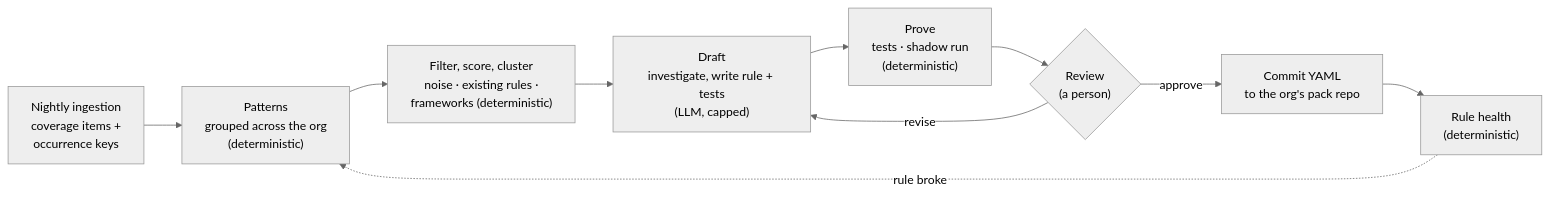
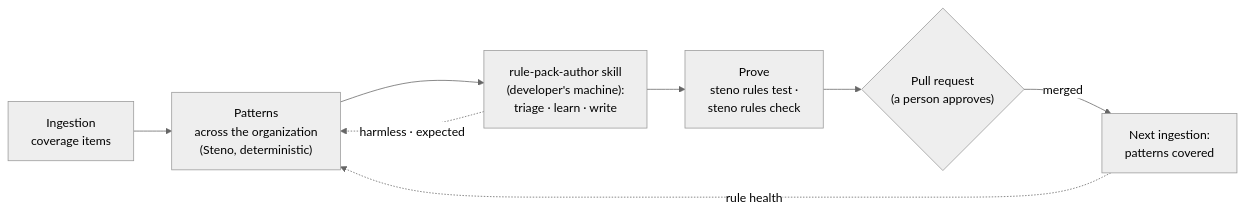
Before and after one commit to KBavis/steno: the diagram in docs/how-it-works/ingestion/rule-curation.md, drawn with Mermaid (neutral theme). The commit also changed other lines of this file and 15 other files, not shown here.

First line of the commit message:
docs: what Steno must see; the coverage report on the surface; rules drafted locally (D146–D147)

````diff
--- a/docs/how-it-works/ingestion/rule-curation.md
+++ b/docs/how-it-works/ingestion/rule-curation.md
@@ -11,12 +11,10 @@
 ```mermaid
 flowchart LR
-    ING["Nightly ingestion<br/>coverage items +<br/>occurrence keys"] --> PAT["Patterns<br/>grouped across the org<br/>(deterministic)"]
-    PAT --> FIL["Filter, score, cluster<br/>noise · existing rules ·<br/>frameworks (deterministic)"]
-    FIL --> DR["Draft<br/>investigate, write rule + tests<br/>(LLM, capped)"]
-    DR --> PR["Prove<br/>tests · shadow run<br/>(deterministic)"]
-    PR --> RV{"Review<br/>(a person)"}
-    RV -- approve --> CM["Commit YAML<br/>to the org's pack repo"]
-    RV -- revise --> DR
-    CM --> HL["Rule health<br/>(deterministic)"]
-    HL -. "rule broke" .-> PAT
+    ING["Ingestion<br/>coverage items"] --> PAT["Patterns<br/>across the organization<br/>(Steno, deterministic)"]
+    PAT --> SK["rule-pack-author skill<br/>(developer's machine):<br/>triage · learn · write"]
+    SK --> CK["Prove<br/>steno rules test ·<br/>steno rules check"]
+    CK --> PR{"Pull request<br/>(a person approves)"}
+    PR -- merged --> NX["Next ingestion:<br/>patterns covered"]
+    SK -. "harmless · expected" .-> PAT
+    NX -. "rule health" .-> PAT
 ```
````
